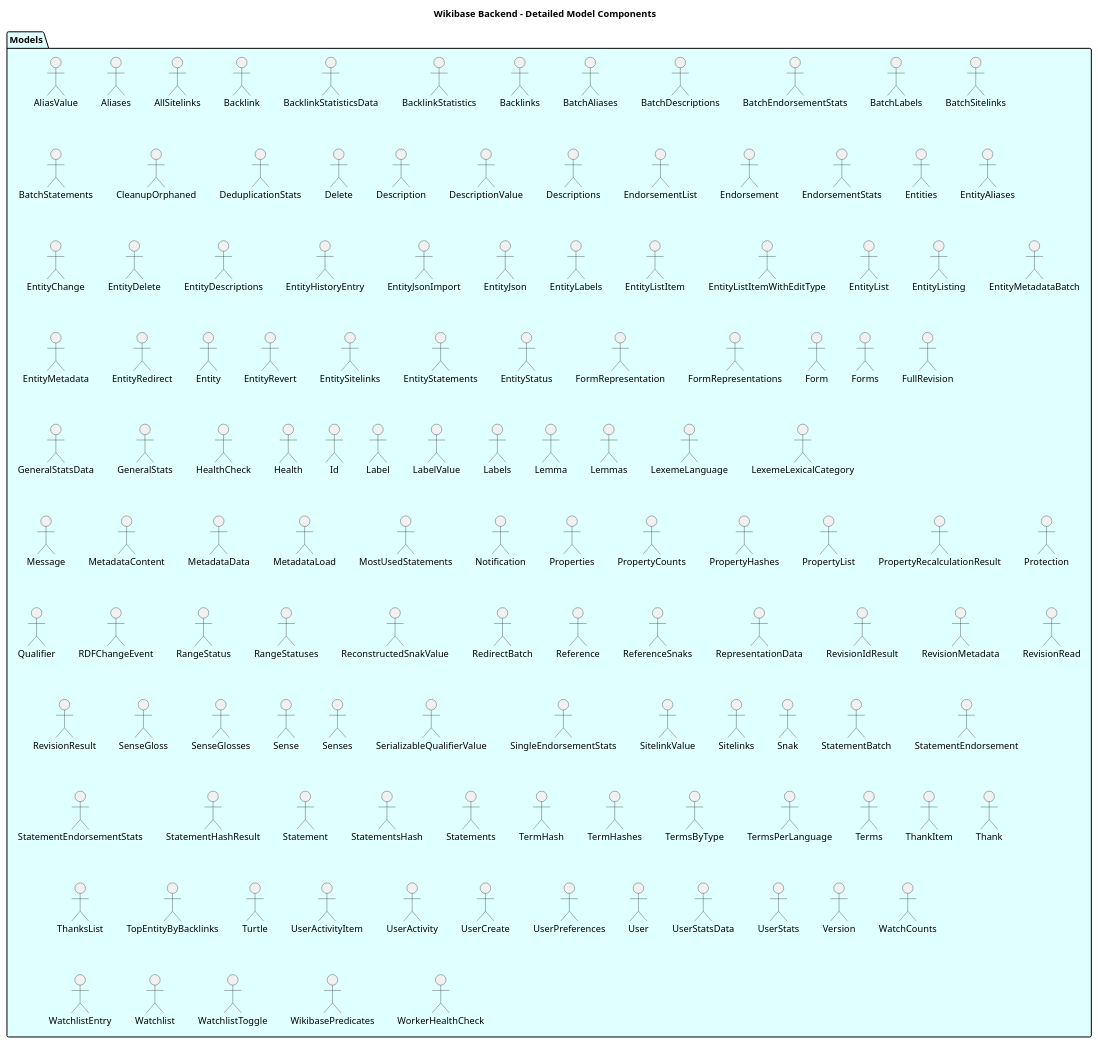
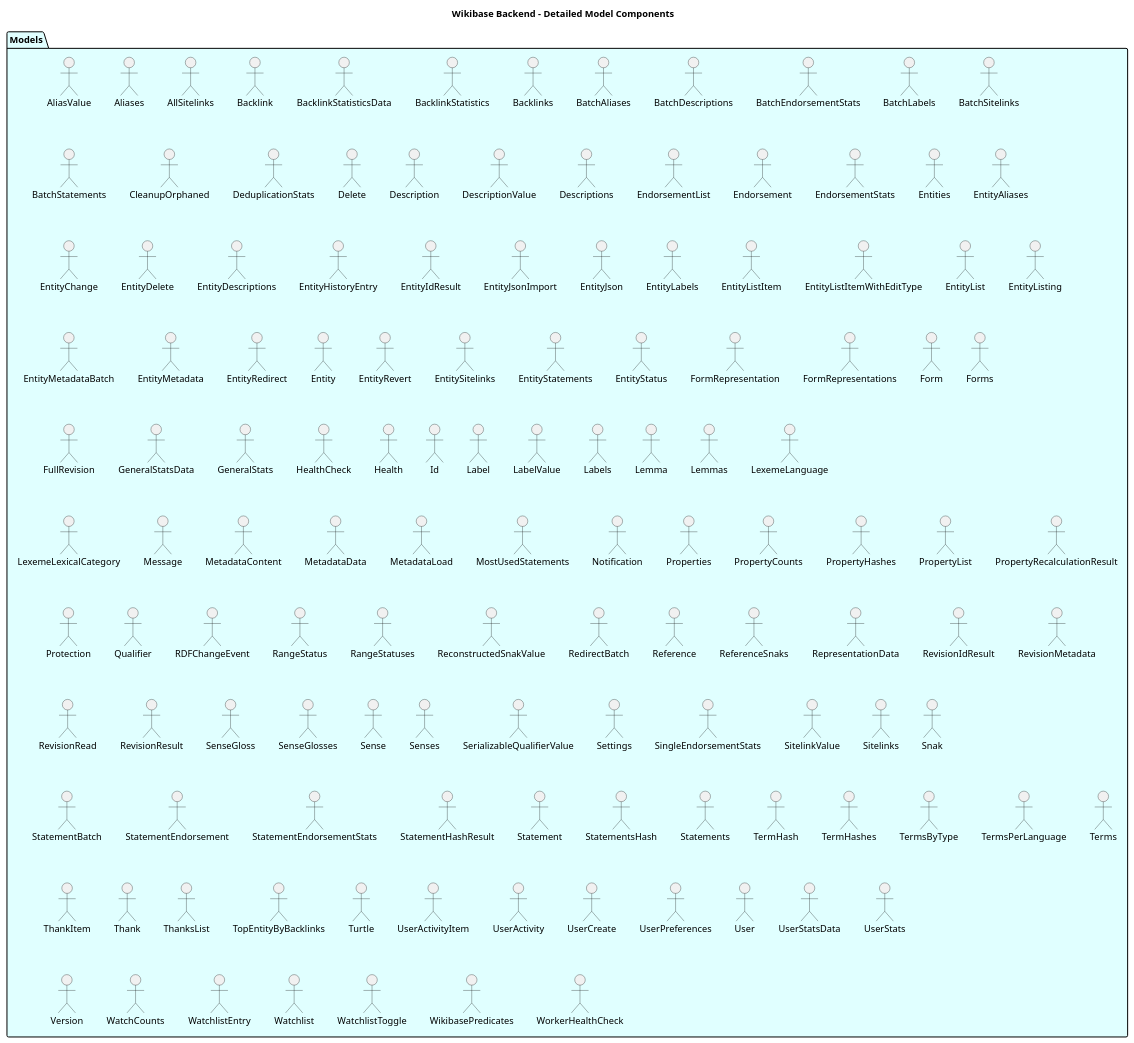
One commit to dpriskorn/entitybase-backend changed the diagram in docs/DIAGRAMS/detailed_model_components.puml. Above: the diagram before and after it, drawn with PlantUML. The commit also changed 21 other files, not shown here.

```diff
--- a/docs/DIAGRAMS/detailed_model_components.puml
+++ b/docs/DIAGRAMS/detailed_model_components.puml
@@ -1,133 +1,135 @@
 @startuml Detailed Model Components
 
 title Wikibase Backend - Detailed Model Components
 
 package "Models" as Models #LightCyan {
     "AliasValue" as AliasValue
     "Aliases" as AliasesResponse
     "AllSitelinks" as AllSitelinksResponse
     "Backlink" as BacklinkResponse
     "BacklinkStatisticsData" as BacklinkStatisticsData
     "BacklinkStatistics" as BacklinkStatisticsResponse
     "Backlinks" as BacklinksResponse
     "BatchAliases" as BatchAliasesResponse
     "BatchDescriptions" as BatchDescriptionsResponse
     "BatchEndorsementStats" as BatchEndorsementStatsResponse
     "BatchLabels" as BatchLabelsResponse
     "BatchSitelinks" as BatchSitelinksResponse
     "BatchStatements" as BatchStatementsResponse
     "CleanupOrphaned" as CleanupOrphanedResponse
     "DeduplicationStats" as DeduplicationStatsResponse
     "Delete" as DeleteResponse
     "Description" as DescriptionResponse
     "DescriptionValue" as DescriptionValue
     "Descriptions" as DescriptionsResponse
     "EndorsementList" as EndorsementListResponse
     "Endorsement" as EndorsementResponse
     "EndorsementStats" as EndorsementStatsResponse
     "Entities" as EntitiesResponse
     "EntityAliases" as EntityAliasesResponse
     "EntityChange" as EntityChange
     "EntityDelete" as EntityDeleteResponse
     "EntityDescriptions" as EntityDescriptionsResponse
     "EntityHistoryEntry" as EntityHistoryEntry
+    "EntityIdResult" as EntityIdResult
     "EntityJsonImport" as EntityJsonImportResponse
     "EntityJson" as EntityJsonResponse
     "EntityLabels" as EntityLabelsResponse
     "EntityListItem" as EntityListItem
     "EntityListItemWithEditType" as EntityListItemWithEditType
     "EntityList" as EntityListResponse
     "EntityListing" as EntityListing
     "EntityMetadataBatch" as EntityMetadataBatchResponse
     "EntityMetadata" as EntityMetadataResponse
     "EntityRedirect" as EntityRedirectResponse
     "Entity" as EntityResponse
     "EntityRevert" as EntityRevertResponse
     "EntitySitelinks" as EntitySitelinksResponse
     "EntityStatements" as EntityStatementsResponse
     "EntityStatus" as EntityStatusResponse
     "FormRepresentation" as FormRepresentationResponse
     "FormRepresentations" as FormRepresentationsResponse
     "Form" as FormResponse
     "Forms" as FormsResponse
     "FullRevision" as FullRevisionResponse
     "GeneralStatsData" as GeneralStatsData
     "GeneralStats" as GeneralStatsResponse
     "HealthCheck" as HealthCheckResponse
     "Health" as HealthResponse
     "Id" as IdResponse
     "Label" as LabelResponse
     "LabelValue" as LabelValue
     "Labels" as LabelsResponse
     "Lemma" as LemmaResponse
     "Lemmas" as LemmasResponse
     "LexemeLanguage" as LexemeLanguageResponse
     "LexemeLexicalCategory" as LexemeLexicalCategoryResponse
     "Message" as MessageResponse
     "MetadataContent" as MetadataContent
     "MetadataData" as MetadataData
     "MetadataLoad" as MetadataLoadResponse
     "MostUsedStatements" as MostUsedStatementsResponse
     "Notification" as NotificationResponse
     "Properties" as PropertiesResponse
     "PropertyCounts" as PropertyCountsResponse
     "PropertyHashes" as PropertyHashesResponse
     "PropertyList" as PropertyListResponse
     "PropertyRecalculationResult" as PropertyRecalculationResult
     "Protection" as ProtectionResponse
     "Qualifier" as QualifierResponse
     "RDFChangeEvent" as RDFChangeEvent
     "RangeStatus" as RangeStatus
     "RangeStatuses" as RangeStatuses
     "ReconstructedSnakValue" as ReconstructedSnakValue
     "RedirectBatch" as RedirectBatchResponse
     "Reference" as ReferenceResponse
     "ReferenceSnaks" as ReferenceSnaks
     "RepresentationData" as RepresentationData
     "RevisionIdResult" as RevisionIdResult
     "RevisionMetadata" as RevisionMetadataResponse
     "RevisionRead" as RevisionReadResponse
     "RevisionResult" as RevisionResult
     "SenseGloss" as SenseGlossResponse
     "SenseGlosses" as SenseGlossesResponse
     "Sense" as SenseResponse
     "Senses" as SensesResponse
     "SerializableQualifierValue" as SerializableQualifierValue
+    "Settings" as SettingsResponse
     "SingleEndorsementStats" as SingleEndorsementStatsResponse
     "SitelinkValue" as SitelinkValue
     "Sitelinks" as SitelinksResponse
     "Snak" as SnakResponse
     "StatementBatch" as StatementBatchResponse
     "StatementEndorsement" as StatementEndorsementResponse
     "StatementEndorsementStats" as StatementEndorsementStats
     "StatementHashResult" as StatementHashResult
     "Statement" as StatementResponse
     "StatementsHash" as StatementsHashResponse
     "Statements" as StatementsResponse
     "TermHash" as TermHashResponse
     "TermHashes" as TermHashesResponse
     "TermsByType" as TermsByType
     "TermsPerLanguage" as TermsPerLanguage
     "Terms" as TermsResponse
     "ThankItem" as ThankItemResponse
     "Thank" as ThankResponse
     "ThanksList" as ThanksListResponse
     "TopEntityByBacklinks" as TopEntityByBacklinks
     "Turtle" as TurtleResponse
     "UserActivityItem" as UserActivityItemResponse
     "UserActivity" as UserActivityResponse
     "UserCreate" as UserCreateResponse
     "UserPreferences" as UserPreferencesResponse
     "User" as UserResponse
     "UserStatsData" as UserStatsData
     "UserStats" as UserStatsResponse
     "Version" as VersionResponse
     "WatchCounts" as WatchCounts
     "WatchlistEntry" as WatchlistEntryResponse
     "Watchlist" as WatchlistResponse
     "WatchlistToggle" as WatchlistToggleResponse
     "WikibasePredicates" as WikibasePredicatesResponse
     "WorkerHealthCheck" as WorkerHealthCheckResponse
 }
 
 @enduml
```
